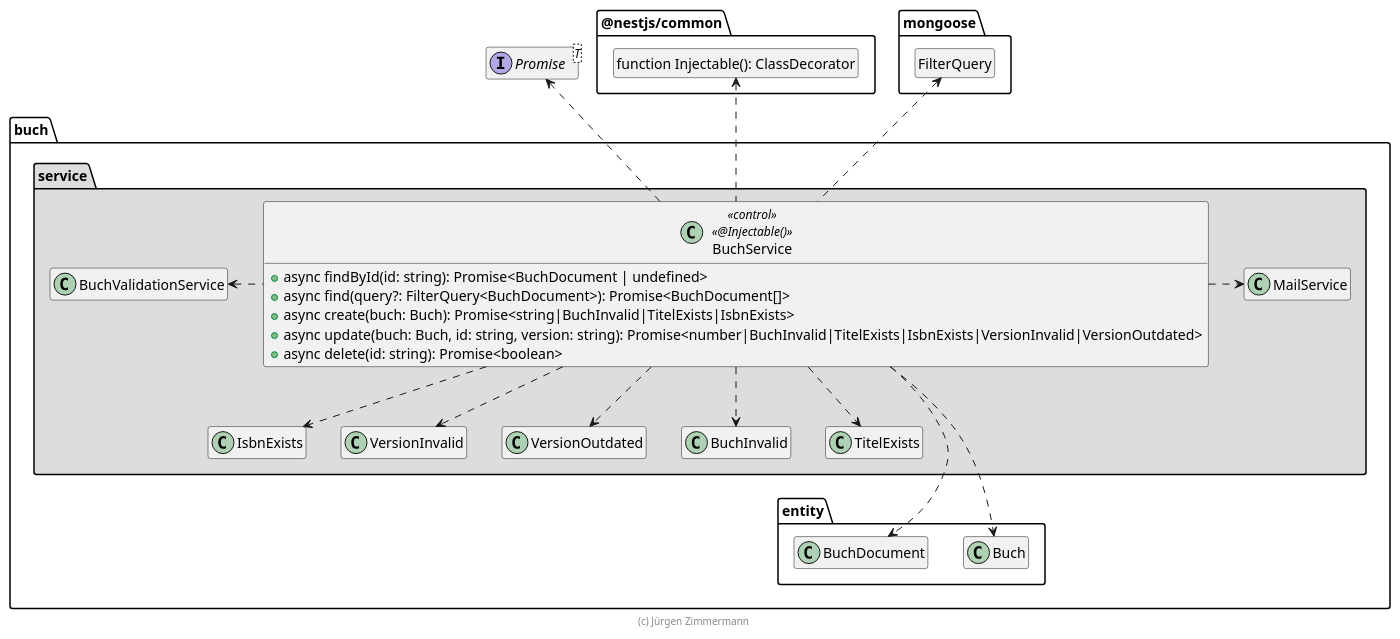
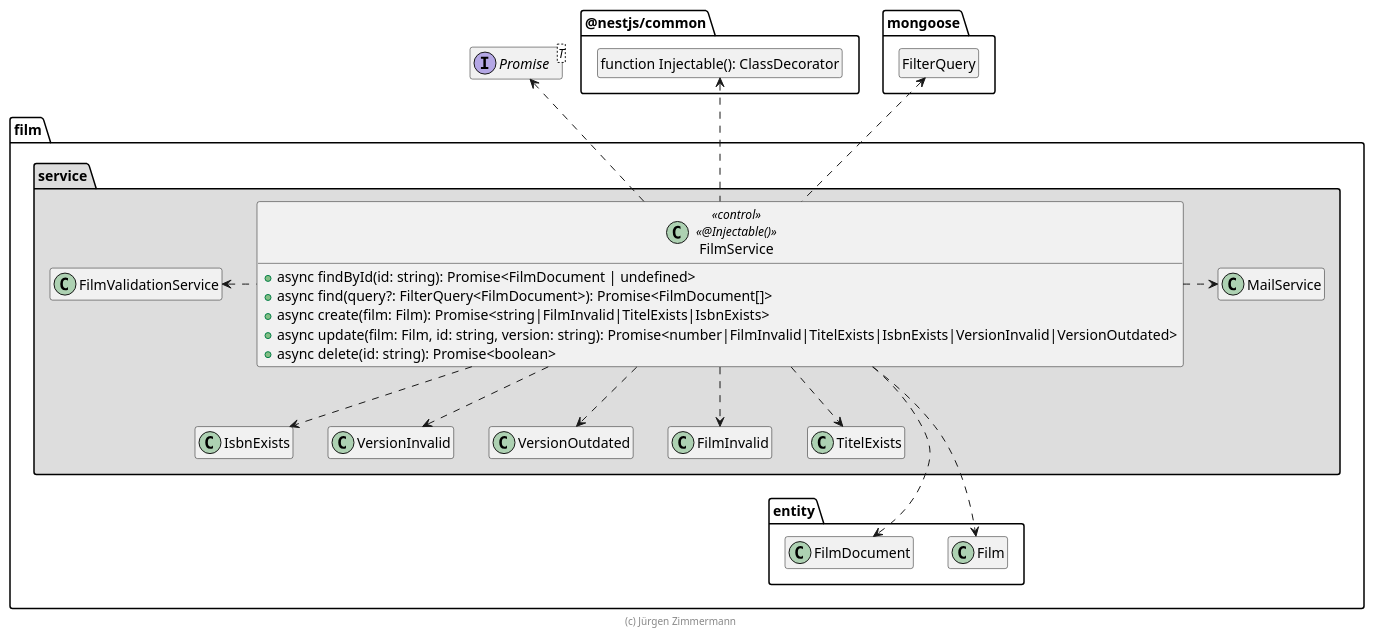
The diagram in extras/doc/entwicklerhandbuch/FilmService.puml (SWEGruppe8/Film), drawn with PlantUML before and after one commit. The commit also changed 2 other files, not shown here.

```diff
--- a/extras/doc/entwicklerhandbuch/FilmService.puml
+++ b/extras/doc/entwicklerhandbuch/FilmService.puml
@@ -1,59 +1,59 @@
 @startuml Anwendungskern
 
 interface Promise<T>
 
 package @nestjs/common {
   class "function Injectable(): ClassDecorator" as Injectable
   hide Injectable circle
 }
 
 package mongoose {
   class FilterQuery
   hide FilterQuery circle
 }
 
 
-package buch {
+package film {
   package entity {
-    class Buch
-    class BuchDocument
+    class Film
+    class FilmDocument
 
   }
 
   package service #DDDDDD {
-    class BuchInvalid
+    class FilmInvalid
     class TitelExists
     class IsbnExists
     class VersionInvalid
     class VersionOutdated
 
-    BuchService .up.> Promise
-    BuchService ..> Buch
-    BuchService ..> BuchDocument
-    BuchService .left.> BuchValidationService
-    BuchService ..> BuchInvalid
-    BuchService ..> TitelExists
-    BuchService ..> IsbnExists
-    BuchService ..> VersionInvalid
-    BuchService ..> VersionOutdated
-    BuchService .right.> MailService
-    BuchService .up.> FilterQuery
-    BuchService .up.> Injectable
+    FilmService .up.> Promise
+    FilmService ..> Film
+    FilmService ..> FilmDocument
+    FilmService .left.> FilmValidationService
+    FilmService ..> FilmInvalid
+    FilmService ..> TitelExists
+    FilmService ..> IsbnExists
+    FilmService ..> VersionInvalid
+    FilmService ..> VersionOutdated
+    FilmService .right.> MailService
+    FilmService .up.> FilterQuery
+    FilmService .up.> Injectable
 
-    class BuchService << control >> <<@Injectable()>> {
-      + async findById(id: string): Promise<BuchDocument | undefined>
-      + async find(query?: FilterQuery<BuchDocument>): Promise<BuchDocument[]>
-      + async create(buch: Buch): Promise<string|BuchInvalid|TitelExists|IsbnExists>
-      + async update(buch: Buch, id: string, version: string): Promise<number|BuchInvalid|TitelExists|IsbnExists|VersionInvalid|VersionOutdated>
+    class FilmService << control >> <<@Injectable()>> {
+      + async findById(id: string): Promise<FilmDocument | undefined>
+      + async find(query?: FilterQuery<FilmDocument>): Promise<FilmDocument[]>
+      + async create(film: Film): Promise<string|FilmInvalid|TitelExists|IsbnExists>
+      + async update(film: Film, id: string, version: string): Promise<number|FilmInvalid|TitelExists|IsbnExists|VersionInvalid|VersionOutdated>
       + async delete(id: string): Promise<boolean>
     }
 
-    VersionOutdated -[hidden]-> BuchDocument
+    VersionOutdated -[hidden]-> FilmDocument
   }
 }
 
 hide empty members
 
 footer (c) Jürgen Zimmermann
 
 @enduml
```
